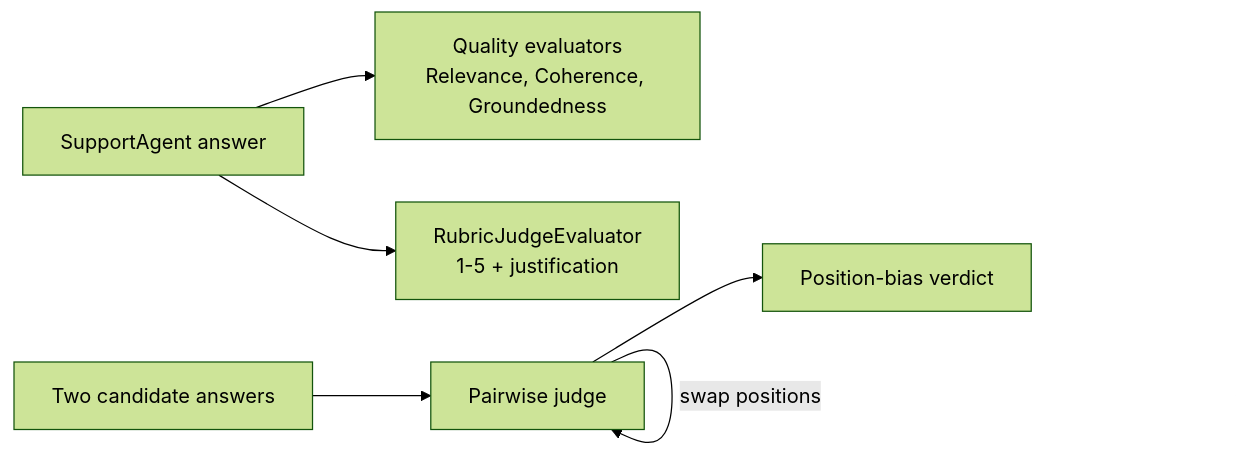
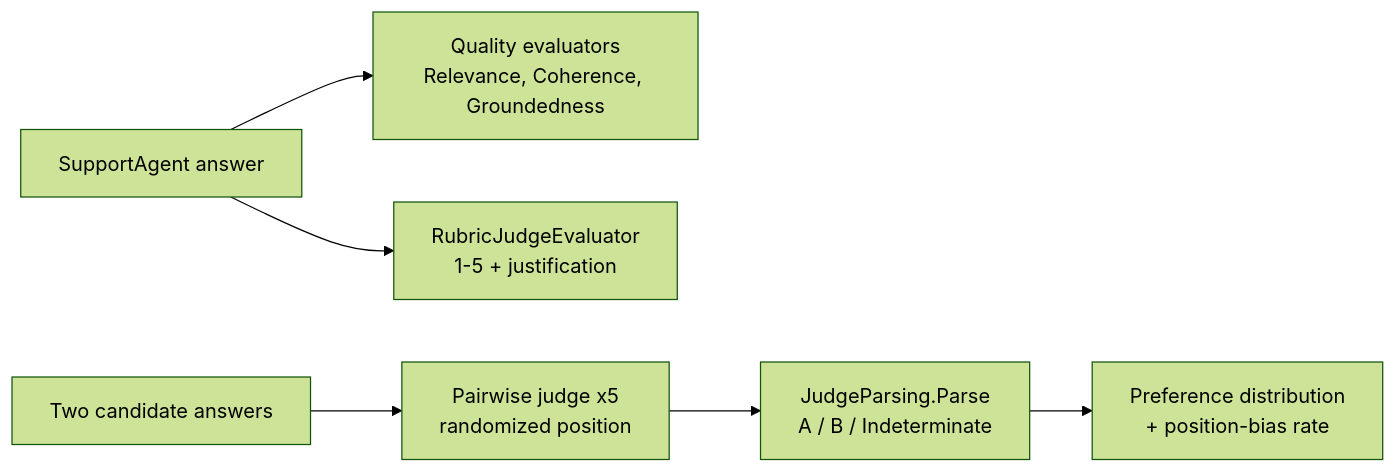
One commit to arst/agentic-patterns changed the diagram in PatternExplorer/patterns/LLMAsJudge.md. Above: the diagram before and after it, drawn with Mermaid (forest theme). The commit also changed other lines of this file and 5 other files, not shown here.

First line of the commit message:
fix(judge): strict verdicts, indeterminate on malformed output, multiple orderings

````diff
--- a/PatternExplorer/patterns/LLMAsJudge.md
+++ b/PatternExplorer/patterns/LLMAsJudge.md
@@ -60,8 +63,8 @@
 ```mermaid
 flowchart LR
     A[SupportAgent answer] --> E[Quality evaluators<br/>Relevance, Coherence, Groundedness]
     A --> R[RubricJudgeEvaluator<br/>1-5 + justification]
-    P[Two candidate answers] --> J[Pairwise judge]
-    J -->|swap positions| J
-    J --> B[Position-bias verdict]
+    P[Two candidate answers] --> J[Pairwise judge x5<br/>randomized position]
+    J --> Parse[JudgeParsing.Parse<br/>A / B / Indeterminate]
+    Parse --> B[Preference distribution<br/>+ position-bias rate]
 ```
````
